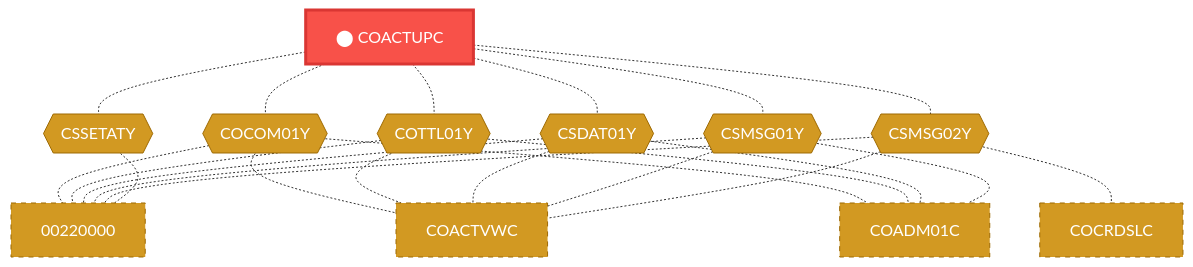
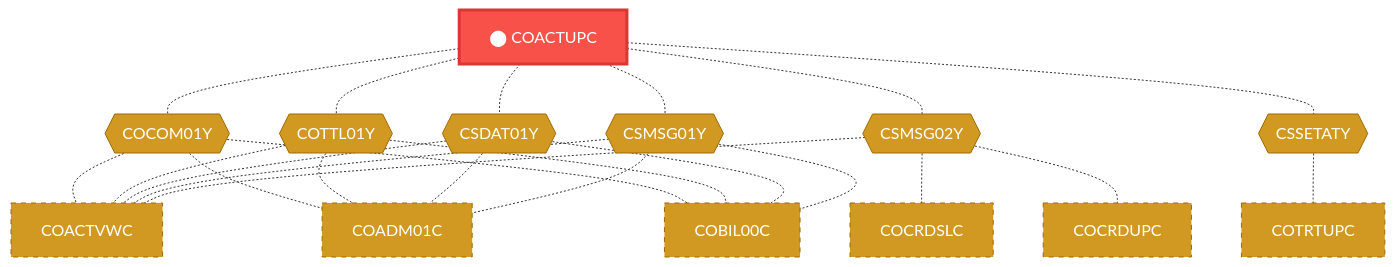
Before and after one commit to Arun973150/new_doc: the first of 2 diagrams in Unisys_doc-main/doc_demo/docs/programs/COACTUPC.md, drawn with Mermaid. The commit also changed other lines of this file and 609 other files, not shown here.

````diff
--- a/Unisys_doc-main/doc_demo/docs/programs/COACTUPC.md
+++ b/Unisys_doc-main/doc_demo/docs/programs/COACTUPC.md
@@ -63,54 +63,54 @@
 ```mermaid
 flowchart TD
     COACTUPC["⬤ COACTUPC"]:::target
     CB_COCOM01Y{{"COCOM01Y"}}:::copybook
     COACTUPC -.- CB_COCOM01Y
-    00220000["00220000"]:::coupled
-    CB_COCOM01Y -.- 00220000
     COACTVWC["COACTVWC"]:::coupled
     CB_COCOM01Y -.- COACTVWC
     COADM01C["COADM01C"]:::coupled
     CB_COCOM01Y -.- COADM01C
+    COBIL00C["COBIL00C"]:::coupled
+    CB_COCOM01Y -.- COBIL00C
     CB_COTTL01Y{{"COTTL01Y"}}:::copybook
     COACTUPC -.- CB_COTTL01Y
-    00220000["00220000"]:::coupled
-    CB_COTTL01Y -.- 00220000
     COACTVWC["COACTVWC"]:::coupled
     CB_COTTL01Y -.- COACTVWC
     COADM01C["COADM01C"]:::coupled
     CB_COTTL01Y -.- COADM01C
+    COBIL00C["COBIL00C"]:::coupled
+    CB_COTTL01Y -.- COBIL00C
     CB_CSDAT01Y{{"CSDAT01Y"}}:::copybook
     COACTUPC -.- CB_CSDAT01Y
-    00220000["00220000"]:::coupled
-    CB_CSDAT01Y -.- 00220000
     COACTVWC["COACTVWC"]:::coupled
     CB_CSDAT01Y -.- COACTVWC
     COADM01C["COADM01C"]:::coupled
     CB_CSDAT01Y -.- COADM01C
+    COBIL00C["COBIL00C"]:::coupled
+    CB_CSDAT01Y -.- COBIL00C
     CB_CSMSG01Y{{"CSMSG01Y"}}:::copybook
     COACTUPC -.- CB_CSMSG01Y
-    00220000["00220000"]:::coupled
-    CB_CSMSG01Y -.- 00220000
     COACTVWC["COACTVWC"]:::coupled
     CB_CSMSG01Y -.- COACTVWC
     COADM01C["COADM01C"]:::coupled
     CB_CSMSG01Y -.- COADM01C
+    COBIL00C["COBIL00C"]:::coupled
+    CB_CSMSG01Y -.- COBIL00C
     CB_CSMSG02Y{{"CSMSG02Y"}}:::copybook
     COACTUPC -.- CB_CSMSG02Y
-    00220000["00220000"]:::coupled
-    CB_CSMSG02Y -.- 00220000
     COACTVWC["COACTVWC"]:::coupled
     CB_CSMSG02Y -.- COACTVWC
     COCRDSLC["COCRDSLC"]:::coupled
     CB_CSMSG02Y -.- COCRDSLC
+    COCRDUPC["COCRDUPC"]:::coupled
+    CB_CSMSG02Y -.- COCRDUPC
     CB_CSSETATY{{"CSSETATY"}}:::copybook
     COACTUPC -.- CB_CSSETATY
-    00220000["00220000"]:::coupled
-    CB_CSSETATY -.- 00220000
+    COTRTUPC["COTRTUPC"]:::coupled
+    CB_CSSETATY -.- COTRTUPC
     classDef target fill:#f85149,stroke:#da3633,color:#fff,stroke-width:3px
     classDef caller fill:#58a6ff,stroke:#1f6feb,color:#fff
     classDef callee fill:#3fb950,stroke:#238636,color:#fff
     classDef copybook fill:#d29922,stroke:#9e6a03,color:#fff
     classDef coupled fill:#d29922,stroke:#9e6a03,color:#fff,stroke-dasharray:5
     classDef transitive fill:#484f58,stroke:#8b949e,color:#c9d1d9,stroke-dasharray:5
 ```
````
